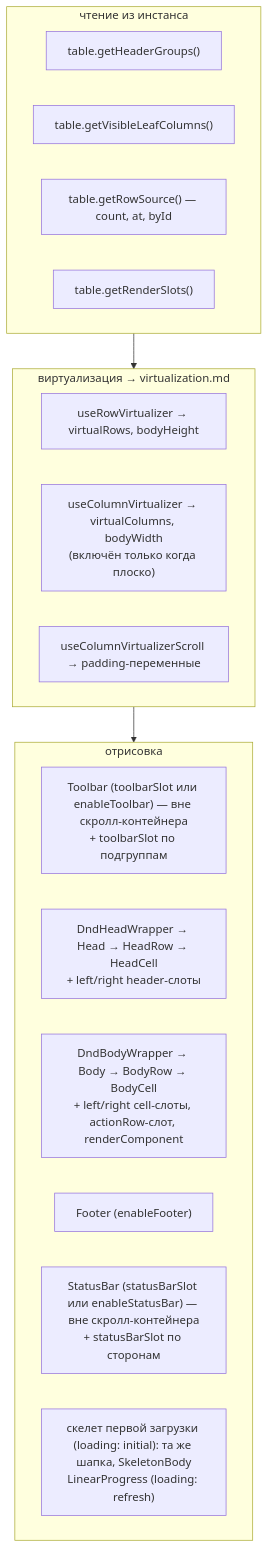
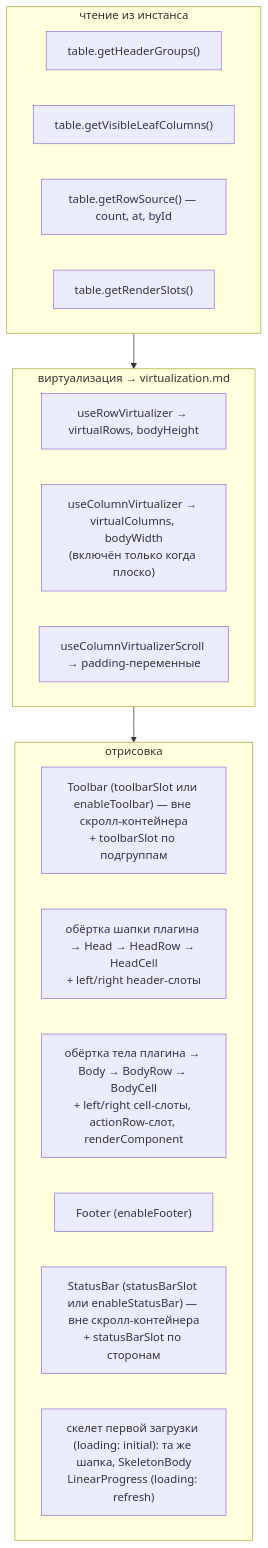
Before and after one commit to tessera-grid/tessera: the third of 3 diagrams in docs/architecture/rendering.md, drawn with Mermaid. The commit also changed other lines of this file and 78 other files, not shown here.

````diff
--- a/docs/architecture/rendering.md
+++ b/docs/architecture/rendering.md
@@ -88,26 +88,26 @@
 ```mermaid
 flowchart TB
     subgraph read["чтение из инстанса"]
         HGS["table.getHeaderGroups()"]
         LC["table.getVisibleLeafColumns()"]
         RM["table.getRowSource() — count, at, byId"]
         SLOTS["table.getRenderSlots()"]
     end
 
     subgraph virt["виртуализация → virtualization.md"]
         RV["useRowVirtualizer → virtualRows, bodyHeight"]
         CV["useColumnVirtualizer → virtualColumns, bodyWidth<br/>(включён только когда плоско)"]
         PAD["useColumnVirtualizerScroll → padding-переменные"]
     end
 
     subgraph paint["отрисовка"]
         TB["Toolbar (toolbarSlot или enableToolbar) — вне скролл-контейнера<br/>+ toolbarSlot по подгруппам"]
-        HEAD["DndHeadWrapper → Head → HeadRow → HeadCell<br/>+ left/right header-слоты"]
-        BODY["DndBodyWrapper → Body → BodyRow → BodyCell<br/>+ left/right cell-слоты, actionRow-слот, renderComponent"]
+        HEAD["обёртка шапки плагина → Head → HeadRow → HeadCell<br/>+ left/right header-слоты"]
+        BODY["обёртка тела плагина → Body → BodyRow → BodyCell<br/>+ left/right cell-слоты, actionRow-слот, renderComponent"]
         FOOT["Footer (enableFooter)"]
         SB["StatusBar (statusBarSlot или enableStatusBar) — вне скролл-контейнера<br/>+ statusBarSlot по сторонам"]
         SK["скелет первой загрузки (loading: initial): та же шапка, SkeletonBody<br/>LinearProgress (loading: refresh)"]
     end
 
     read --> virt --> paint
 ```
````
